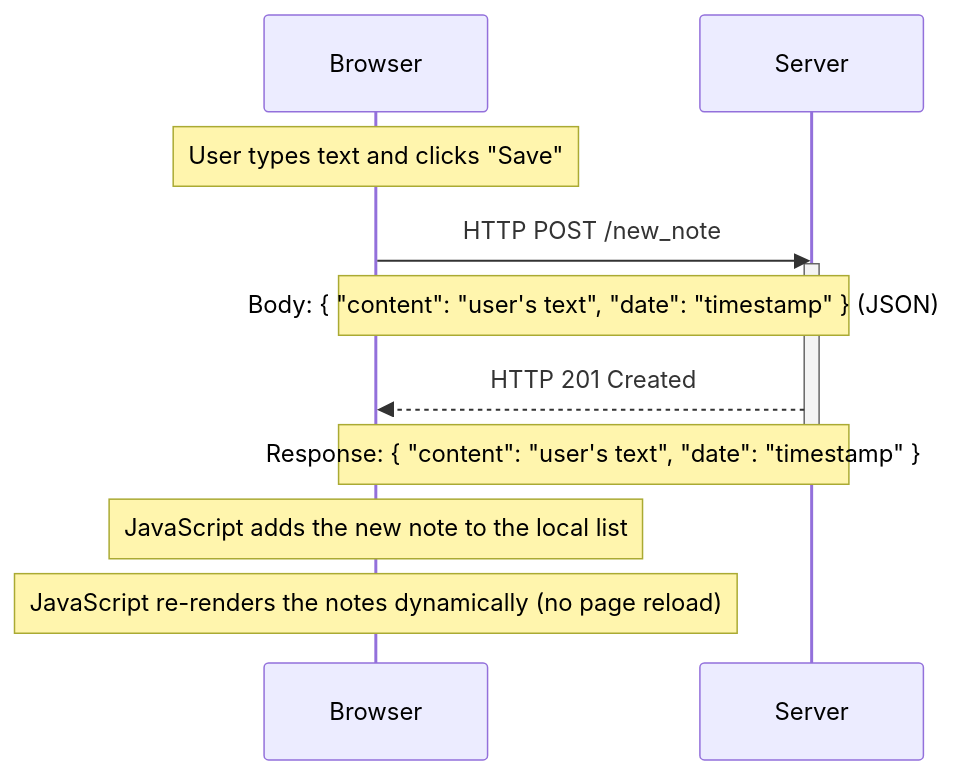
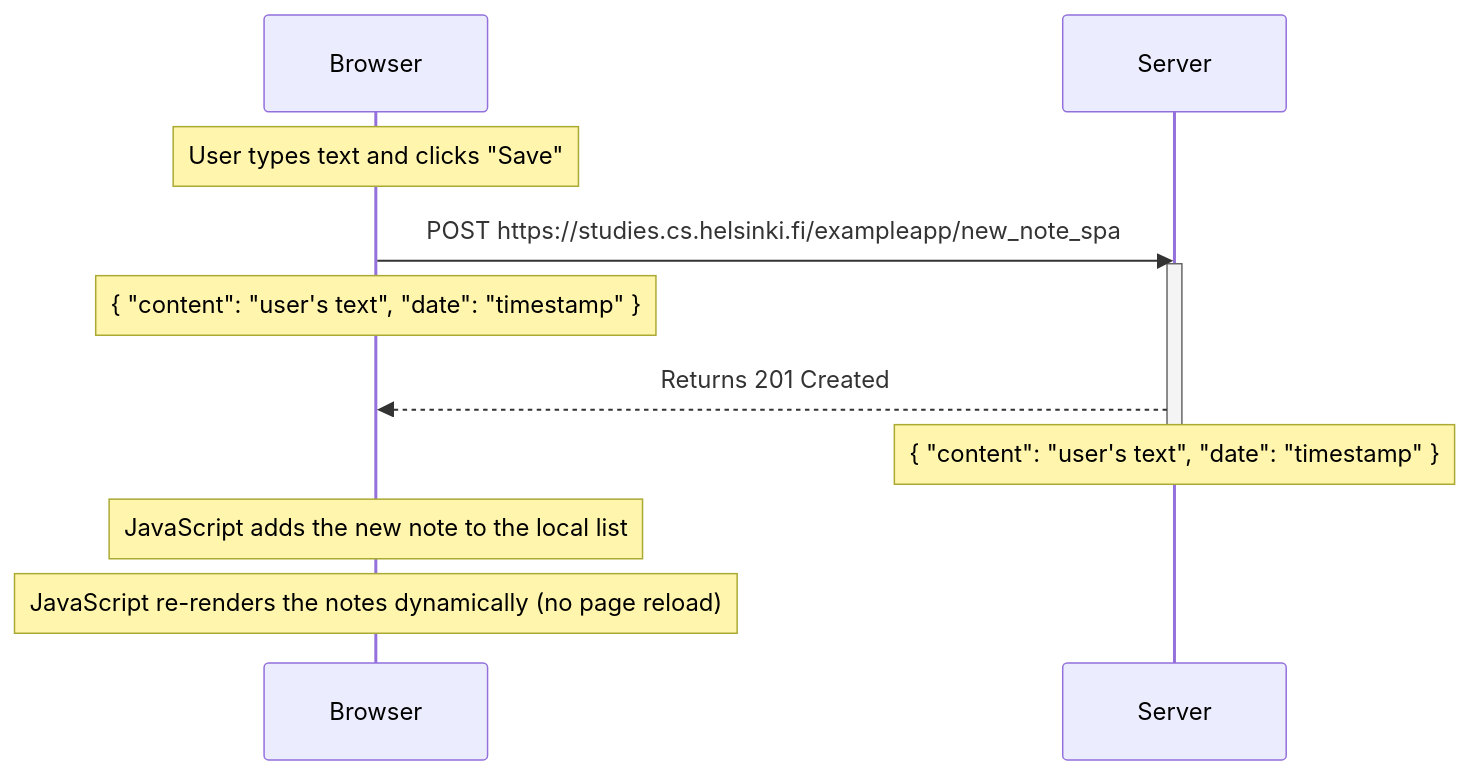
The diagram in excercises/part0/ex0.6.md (mdsahilak/FullStackOpen-Course), drawn with Mermaid before and after one commit.

````diff
--- a/excercises/part0/ex0.6.md
+++ b/excercises/part0/ex0.6.md
@@ -1,19 +1,19 @@
 ```mermaid
 sequenceDiagram
     participant Browser
     participant Server
 
     Note over Browser: User types text and clicks "Save"
 
-    Browser->>Server: HTTP POST /new_note
+    Browser->>Server: POST https://studies.cs.helsinki.fi/exampleapp/new_note_spa
     activate Server
-    Note over Browser,Server: Body: { "content": "user's text", "date": "timestamp" } (JSON)
-    
-    Server-->>Browser: HTTP 201 Created
-    Note over Browser,Server: Response: { "content": "user's text", "date": "timestamp" }
+    Note over Browser: { "content": "user's text", "date": "timestamp" }
+
+    Server-->>Browser: Returns 201 Created
+    Note over Server: { "content": "user's text", "date": "timestamp" }
     deactivate Server
 
     Note over Browser: JavaScript adds the new note to the local list
 
     Note over Browser: JavaScript re-renders the notes dynamically (no page reload)
 ```
````
